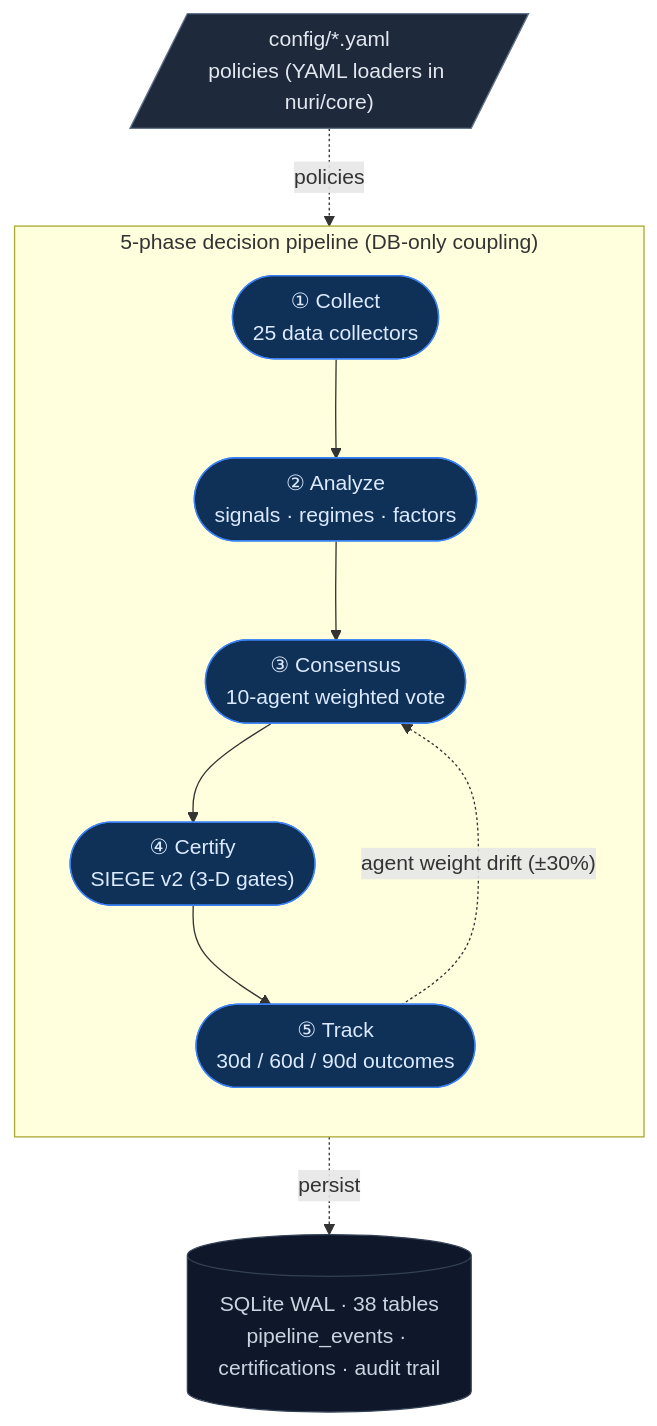
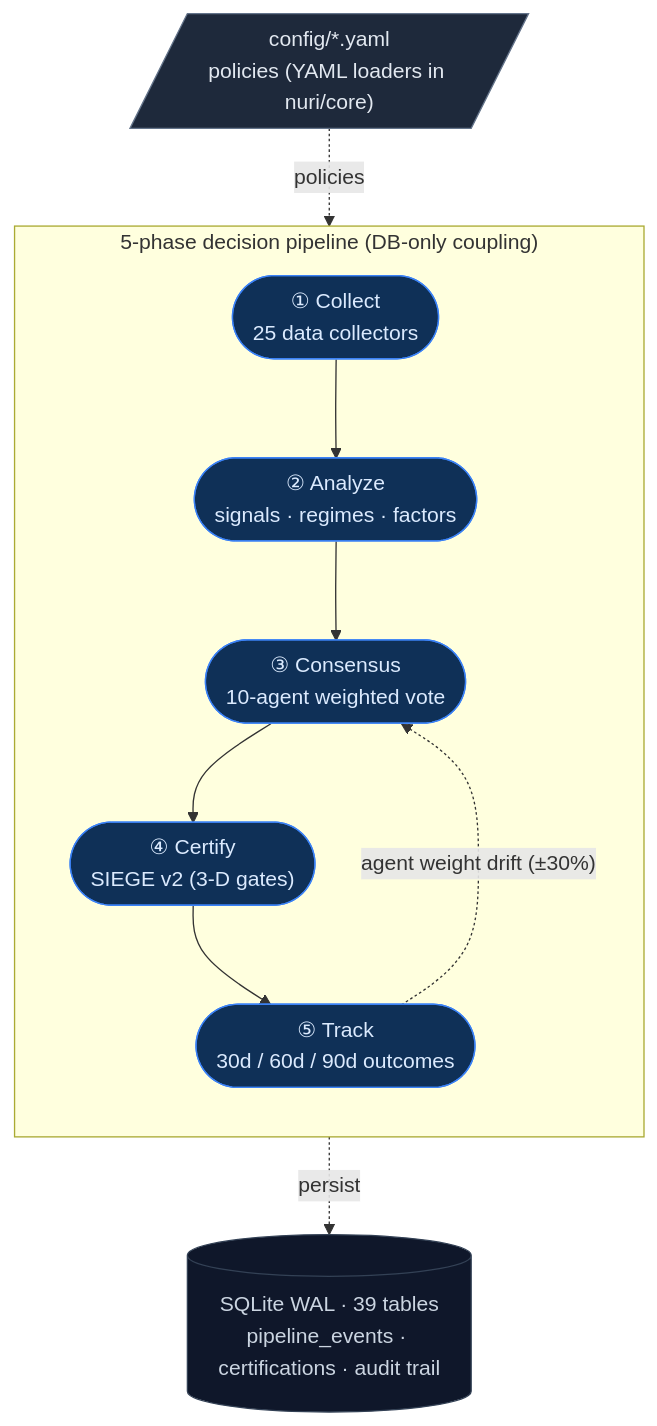
Before and after one commit to researcherhojin/nuri-quant: the diagram in README.md, drawn with Mermaid. The commit also changed 8 other files, not shown here.

````diff
--- a/README.md
+++ b/README.md
@@ -17,25 +17,25 @@
 ```mermaid
 flowchart TB
     CFG[/"config/*.yaml<br/>policies (YAML loaders in nuri/core)"/]:::source
 
     subgraph Pipeline["5-phase decision pipeline (DB-only coupling)"]
         direction TB
         A(["① Collect<br/>25 data collectors"]):::pipe
         B(["② Analyze<br/>signals · regimes · factors"]):::pipe
         C(["③ Consensus<br/>10-agent weighted vote"]):::pipe
         D(["④ Certify<br/>SIEGE v2 (3-D gates)"]):::pipe
         E(["⑤ Track<br/>30d / 60d / 90d outcomes"]):::pipe
 
         A --> B --> C --> D --> E
         E -. "agent weight drift (±30%)" .-> C
     end
 
-    DB[("SQLite WAL · 38 tables<br/>pipeline_events · certifications · audit trail")]:::sink
+    DB[("SQLite WAL · 39 tables<br/>pipeline_events · certifications · audit trail")]:::sink
 
     CFG -. policies .-> Pipeline
     Pipeline -. persist .-> DB
 
     classDef source fill:#1e293b,stroke:#64748b,color:#e2e8f0
     classDef pipe   fill:#0f3057,stroke:#3b82f6,color:#dbeafe
     classDef sink   fill:#0f172a,stroke:#334155,color:#cbd5e1
 ```
````
